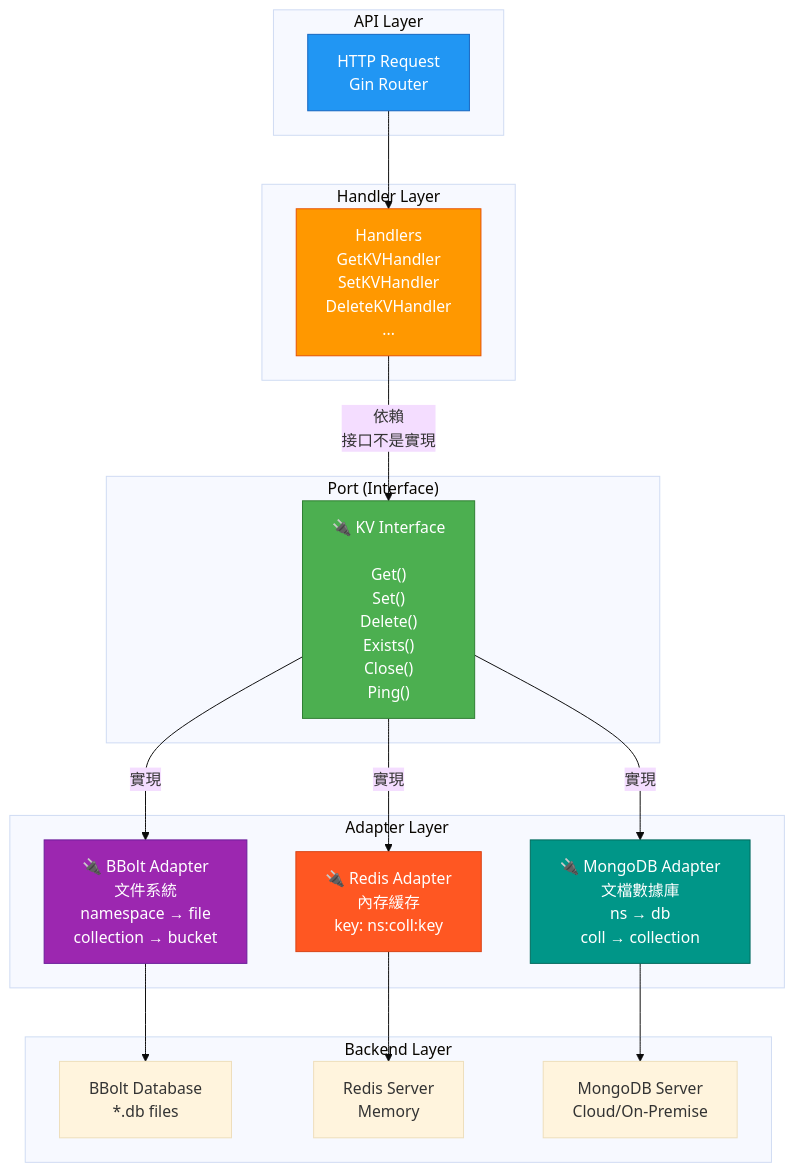
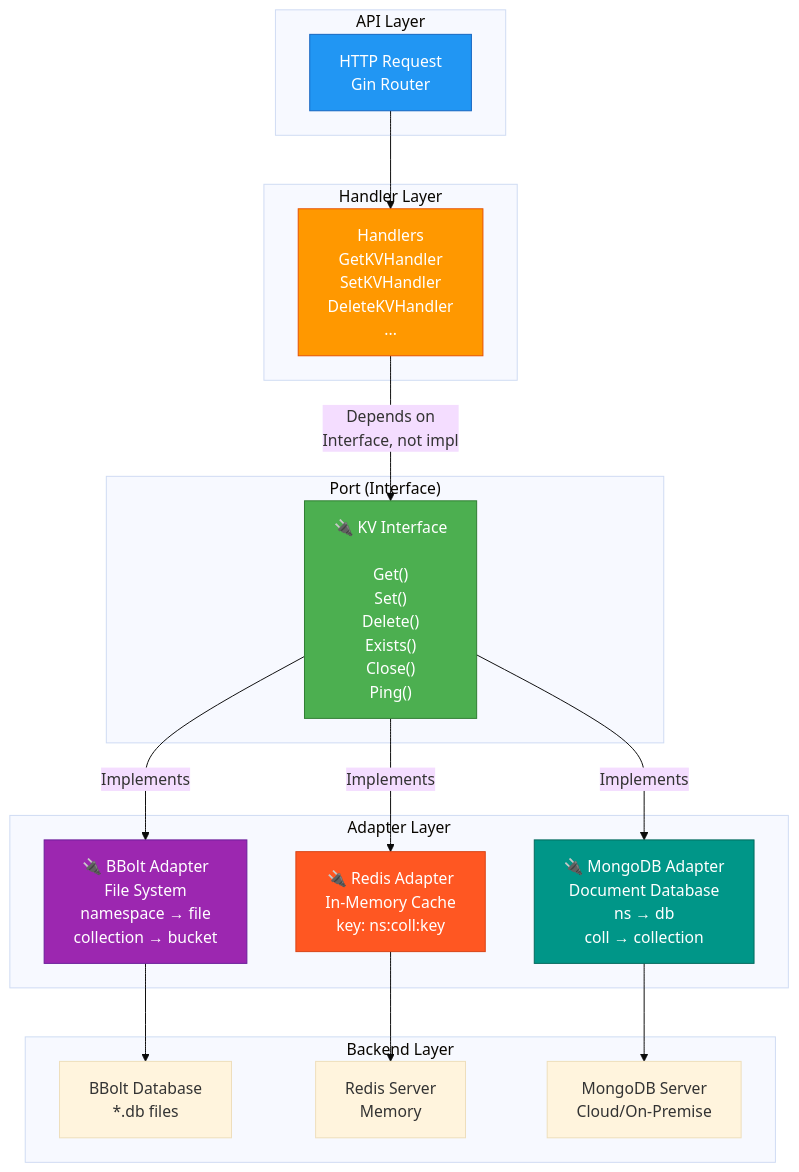
Before and after one commit to stayforge/commander: the first of 5 diagrams in docs/database-abstraction-layer.md, drawn with Mermaid (base theme). The commit also changed other lines of this file, not shown here.

Commit message:
docs: rewrite database abstraction layer documentation in English with 15+ Mermaid diagrams

````diff
--- a/docs/database-abstraction-layer.md
+++ b/docs/database-abstraction-layer.md
@@ -13,42 +13,42 @@
 ```mermaid
 graph TB
     subgraph "API Layer"
         HTTP["HTTP Request<br/>Gin Router"]
     end
     
     subgraph "Handler Layer"
         Handler["Handlers<br/>GetKVHandler<br/>SetKVHandler<br/>DeleteKVHandler<br/>..."]
     end
     
     subgraph "Port (Interface)"
         Port["🔌 KV Interface<br/><br/>Get()<br/>Set()<br/>Delete()<br/>Exists()<br/>Close()<br/>Ping()"]
     end
     
     subgraph "Adapter Layer"
-        BBolt["🔌 BBolt Adapter<br/>文件系統<br/>namespace → file<br/>collection → bucket"]
-        Redis["🔌 Redis Adapter<br/>內存緩存<br/>key: ns:coll:key"]
-        MongoDB["🔌 MongoDB Adapter<br/>文檔數據庫<br/>ns → db<br/>coll → collection"]
+        BBolt["🔌 BBolt Adapter<br/>File System<br/>namespace → file<br/>collection → bucket"]
+        Redis["🔌 Redis Adapter<br/>In-Memory Cache<br/>key: ns:coll:key"]
+        MongoDB["🔌 MongoDB Adapter<br/>Document Database<br/>ns → db<br/>coll → collection"]
     end
     
     subgraph "Backend Layer"
         BBoltDB["BBolt Database<br/>*.db files"]
         RedisDB["Redis Server<br/>Memory"]
         MongoDB_Actual["MongoDB Server<br/>Cloud/On-Premise"]
     end
     
     HTTP --> Handler
-    Handler --> |依賴<br/>接口不是實現| Port
-    Port --> |實現| BBolt
-    Port --> |實現| Redis
-    Port --> |實現| MongoDB
+    Handler --> |Depends on<br/>Interface, not impl| Port
+    Port --> |Implements| BBolt
+    Port --> |Implements| Redis
+    Port --> |Implements| MongoDB
     BBolt --> BBoltDB
     Redis --> RedisDB
     MongoDB --> MongoDB_Actual
     
     style Port fill:#4CAF50,stroke:#2E7D32,color:#fff
     style HTTP fill:#2196F3,stroke:#1565C0,color:#fff
     style Handler fill:#FF9800,stroke:#E65100,color:#fff
     style BBolt fill:#9C27B0,stroke:#6A1B9A,color:#fff
     style Redis fill:#FF5722,stroke:#D84315,color:#fff
     style MongoDB fill:#009688,stroke:#00695C,color:#fff
 ```
````
